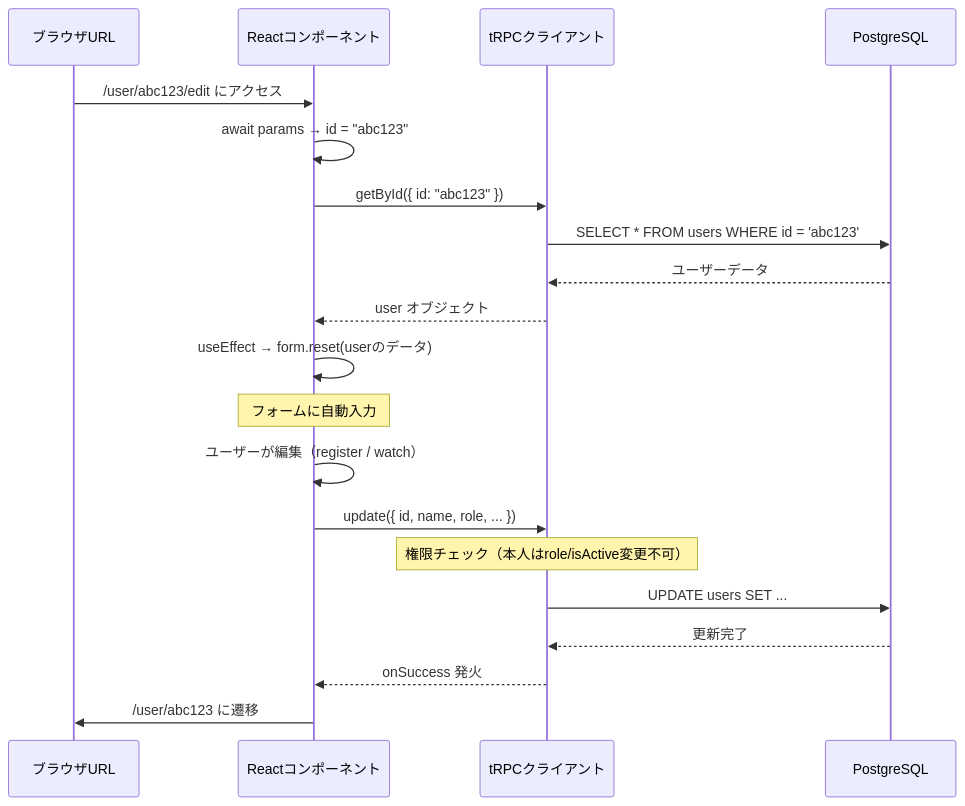
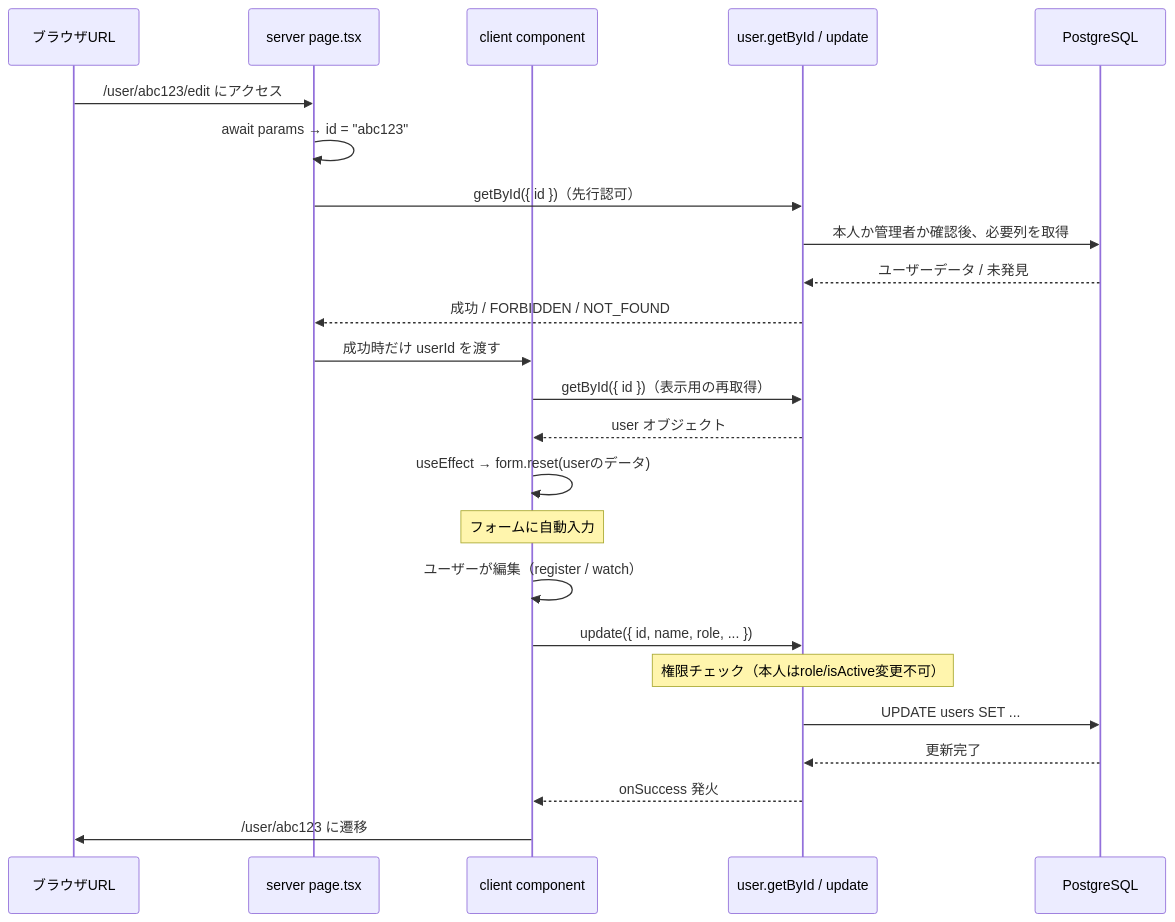
Before and after one commit to kouiso/task-app: the third of 3 diagrams in material/30days-curriculum/day29_ユーザー詳細・編集ページを作ろう.md, drawn with Mermaid. The commit also changed other lines of this file and 53 other files, not shown here.

````diff
--- a/material/30days-curriculum/day29_ユーザー詳細・編集ページを作ろう.md
+++ b/material/30days-curriculum/day29_ユーザー詳細・編集ページを作ろう.md
@@ -3711,23 +3722,27 @@
 ```mermaid
 sequenceDiagram
     participant URL as ブラウザURL
-    participant Comp as Reactコンポーネント
-    participant tRPC as tRPCクライアント
+    participant Server as server page.tsx
+    participant Client as client component
+    participant tRPC as user.getById / update
     participant DB as PostgreSQL
 
-    URL->>Comp: /user/abc123/edit にアクセス
-    Comp->>Comp: await params → id = "abc123"
-    Comp->>tRPC: getById({ id: "abc123" })
-    tRPC->>DB: SELECT * FROM users WHERE id = 'abc123'
-    DB-->>tRPC: ユーザーデータ
-    tRPC-->>Comp: user オブジェクト
-    Comp->>Comp: useEffect → form.reset(userのデータ)
-    Note over Comp: フォームに自動入力
-    Comp->>Comp: ユーザーが編集（register / watch）
-    Comp->>tRPC: update({ id, name, role, ... })
+    URL->>Server: /user/abc123/edit にアクセス
+    Server->>Server: await params → id = "abc123"
+    Server->>tRPC: getById({ id })（先行認可）
+    tRPC->>DB: 本人か管理者か確認後、必要列を取得
+    DB-->>tRPC: ユーザーデータ / 未発見
+    tRPC-->>Server: 成功 / FORBIDDEN / NOT_FOUND
+    Server->>Client: 成功時だけ userId を渡す
+    Client->>tRPC: getById({ id })（表示用の再取得）
+    tRPC-->>Client: user オブジェクト
+    Client->>Client: useEffect → form.reset(userのデータ)
+    Note over Client: フォームに自動入力
+    Client->>Client: ユーザーが編集（register / watch）
+    Client->>tRPC: update({ id, name, role, ... })
     Note over tRPC: 権限チェック（本人はrole/isActive変更不可）
     tRPC->>DB: UPDATE users SET ...
     DB-->>tRPC: 更新完了
-    tRPC-->>Comp: onSuccess 発火
-    Comp->>URL: /user/abc123 に遷移
+    tRPC-->>Client: onSuccess 発火
+    Client->>URL: /user/abc123 に遷移
 ```
````
